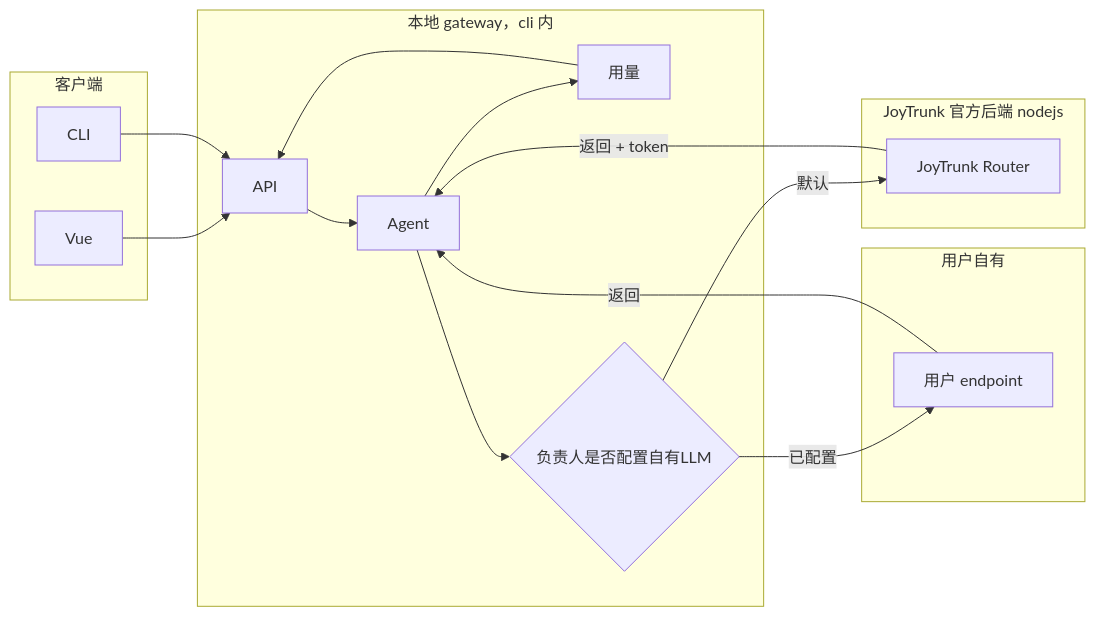
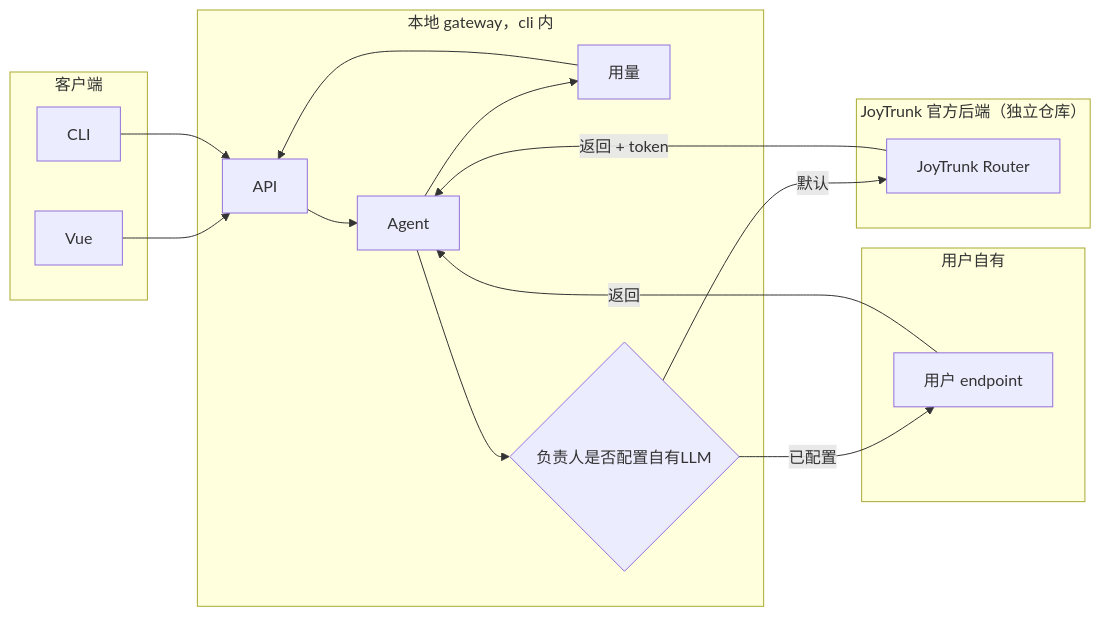
One commit to duochouchouai/joytrunk changed the third of 3 diagrams in agent.md. Above: the diagram before and after it, drawn with Mermaid. The commit also changed other lines of this file and 104 other files, not shown here.

````diff
--- a/agent.md
+++ b/agent.md
@@ -60,29 +59,29 @@
 ```mermaid
 flowchart LR
   subgraph client [客户端]
     VueApp[Vue]
     CLIApp[CLI]
   end
   subgraph localGateway [本地 gateway，cli 内]
     API[API]
     Agent[Agent]
     Usage[用量]
     Decide{负责人是否配置自有LLM}
   end
-  subgraph official [JoyTrunk 官方后端 nodejs]
+  subgraph official [JoyTrunk 官方后端（独立仓库）]
     Router[JoyTrunk Router]
   end
   subgraph user_llm [用户自有]
     UserAPI[用户 endpoint]
   end
   VueApp --> API
   CLIApp --> API
   API --> Agent
   Agent --> Decide
   Decide -->|"默认"| Router
   Decide -->|"已配置"| UserAPI
   Router -->|"返回 + token"| Agent
   UserAPI -->|"返回"| Agent
   Agent --> Usage
   Usage --> API
 ```
````
